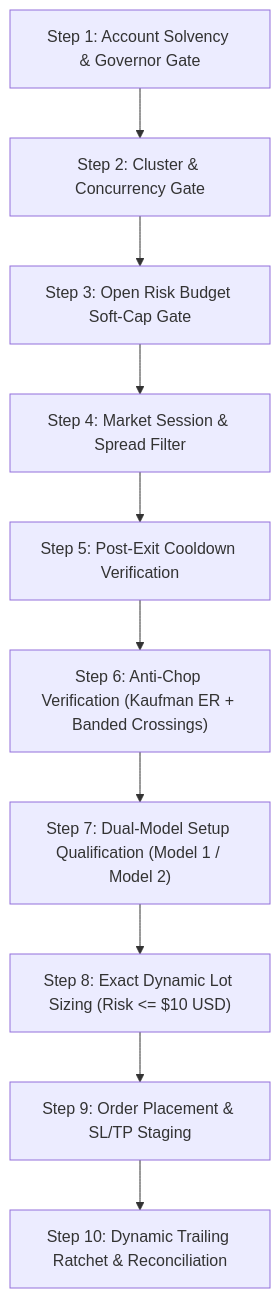
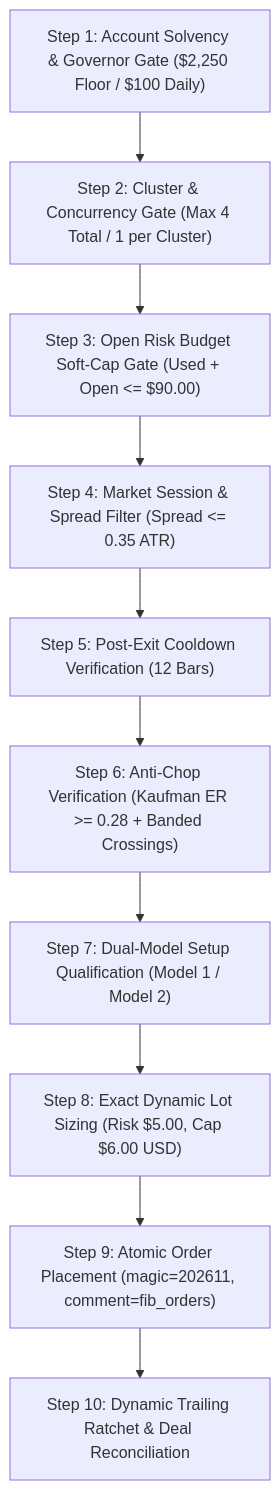
The diagram in STANDARDIZED_TRADING_DECISION_CHAIN.md (kbsingh1399/Delta_Fibonacci_Institutional_Business), drawn with Mermaid before and after one commit. The commit also changed other lines of this file and 14 other files, not shown here.

Commit message:
feat(engine): deploy 23 Blueberry champions (+1,235R), fix Kaufman ER & cooldowns, sync live dashboard

````diff
--- a/STANDARDIZED_TRADING_DECISION_CHAIN.md
+++ b/STANDARDIZED_TRADING_DECISION_CHAIN.md
@@ -33,12 +41,12 @@
 ```mermaid
 flowchart TD
-    Step1["Step 1: Account Solvency & Governor Gate"] --> Step2["Step 2: Cluster & Concurrency Gate"]
-    Step2 --> Step3["Step 3: Open Risk Budget Soft-Cap Gate"]
-    Step3 --> Step4["Step 4: Market Session & Spread Filter"]
-    Step4 --> Step5["Step 5: Post-Exit Cooldown Verification"]
-    Step5 --> Step6["Step 6: Anti-Chop Verification (Kaufman ER + Banded Crossings)"]
+    Step1["Step 1: Account Solvency & Governor Gate ($2,250 Floor / $100 Daily)"] --> Step2["Step 2: Cluster & Concurrency Gate (Max 4 Total / 1 per Cluster)"]
+    Step2 --> Step3["Step 3: Open Risk Budget Soft-Cap Gate (Used + Open <= $90.00)"]
+    Step3 --> Step4["Step 4: Market Session & Spread Filter (Spread <= 0.35 ATR)"]
+    Step4 --> Step5["Step 5: Post-Exit Cooldown Verification (12 Bars)"]
+    Step5 --> Step6["Step 6: Anti-Chop Verification (Kaufman ER >= 0.28 + Banded Crossings)"]
     Step6 --> Step7["Step 7: Dual-Model Setup Qualification (Model 1 / Model 2)"]
-    Step7 --> Step8["Step 8: Exact Dynamic Lot Sizing (Risk <= $10 USD)"]
-    Step8 --> Step9["Step 9: Order Placement & SL/TP Staging"]
-    Step9 --> Step10["Step 10: Dynamic Trailing Ratchet & Reconciliation"]
+    Step7 --> Step8["Step 8: Exact Dynamic Lot Sizing (Risk $5.00, Cap $6.00 USD)"]
+    Step8 --> Step9["Step 9: Atomic Order Placement (magic=202611, comment=fib_orders)"]
+    Step9 --> Step10["Step 10: Dynamic Trailing Ratchet & Deal Reconciliation"]
 ```
````
